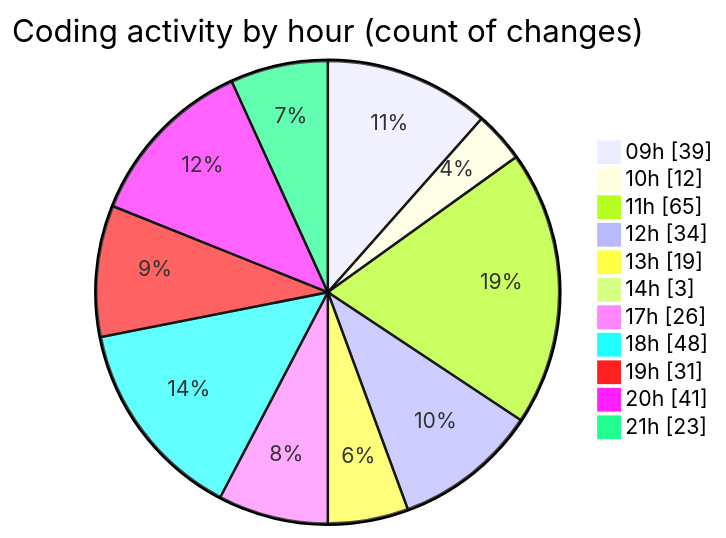
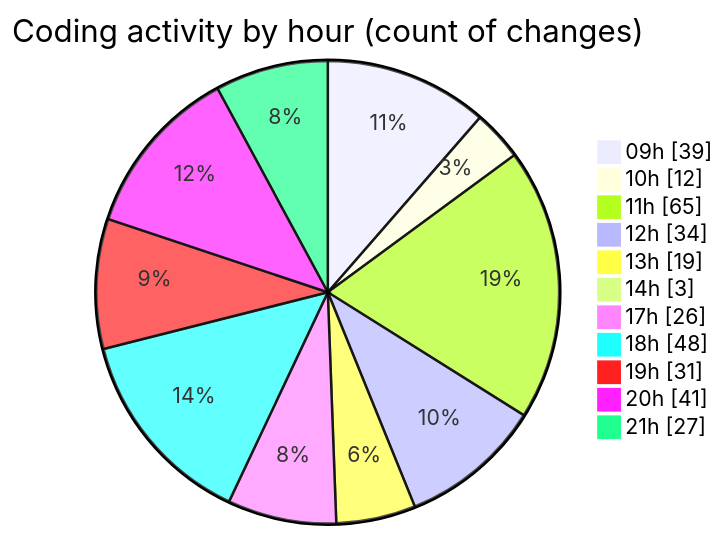
The second of 2 diagrams in 2025-03-04/cda/README.md (momahboobian/code-tracking), drawn with Mermaid before and after one commit. The commit also changed other lines of this file and 1 other file, not shown here.

````diff
--- a/2025-03-04/cda/README.md
+++ b/2025-03-04/cda/README.md
@@ -48,15 +48,15 @@
 ```mermaid
 pie showData
 title Coding activity by hour (count of changes)
 "09h" : 39
 "10h" : 12
 "11h" : 65
 "12h" : 34
 "13h" : 19
 "14h" : 3
 "17h" : 26
 "18h" : 48
 "19h" : 31
 "20h" : 41
-"21h" : 23
+"21h" : 27
 ```
````
